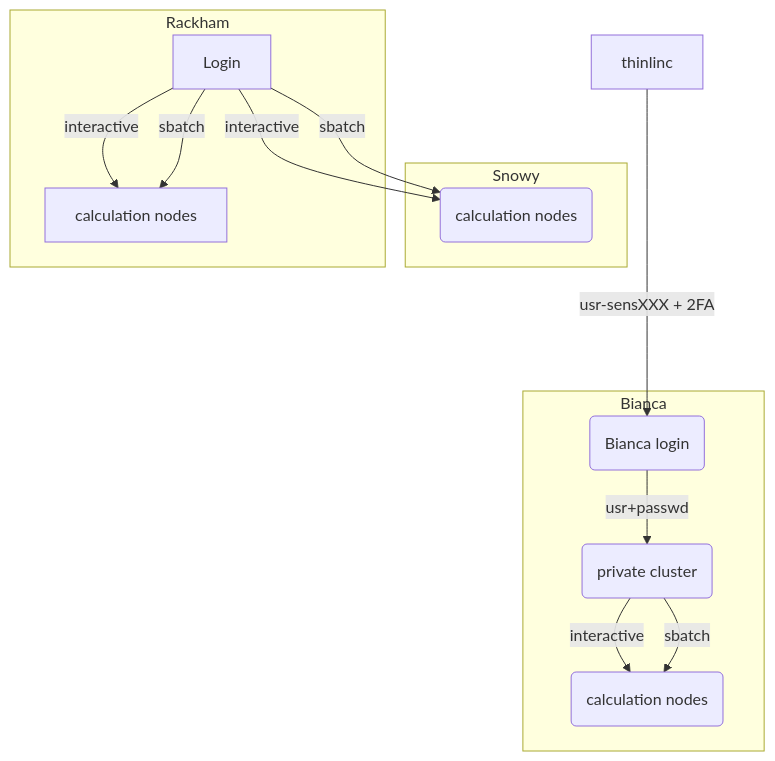
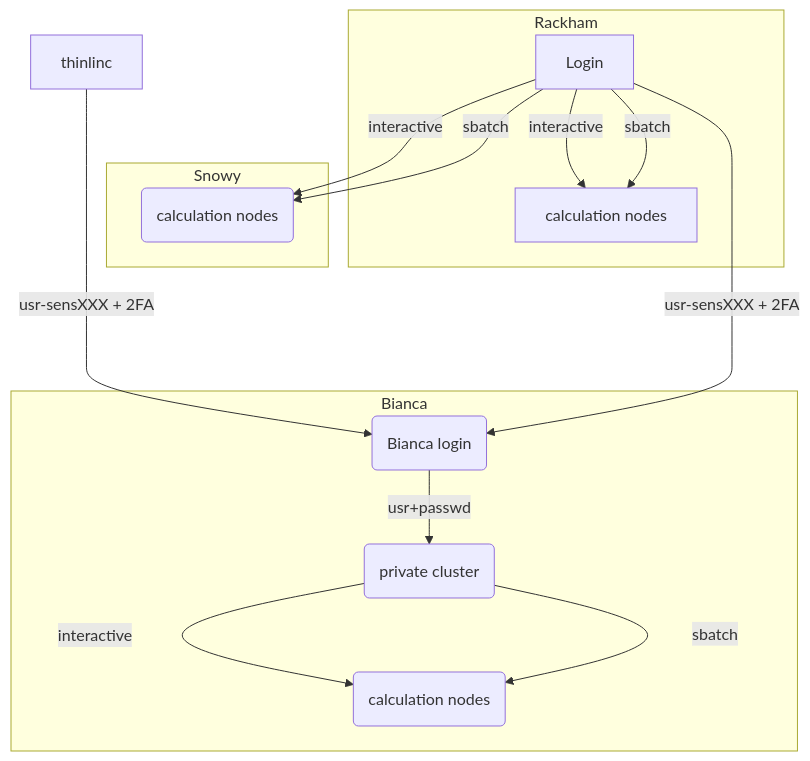
The diagram in docs/overview.md (UPPMAX/uppmax4DL), drawn with Mermaid before and after one commit. The commit also changed other lines of this file, not shown here.

````diff
--- a/docs/overview.md
+++ b/docs/overview.md
@@ -78,22 +78,23 @@
 ```mermaid
 
   graph TB
 
   Node1 -- interactive --> SubGraph2Flow
   Node1 -- sbatch --> SubGraph2Flow
   subgraph "Snowy"
   SubGraph2Flow(calculation nodes) 
         end
 
         thinlinc -- usr-sensXXX + 2FA----> SubGraph1Flow
+        Node1 -- usr-sensXXX + 2FA----> SubGraph1Flow
         subgraph "Bianca"
         SubGraph1Flow(Bianca login) -- usr+passwd --> private(private cluster)
         private -- interactive --> calcB(calculation nodes)
         private -- sbatch --> calcB
         end
 
         subgraph "Rackham"
         Node1[Login] -- interactive --> Node2[calculation nodes]
         Node1 -- sbatch --> Node2
         end
 ```
````
